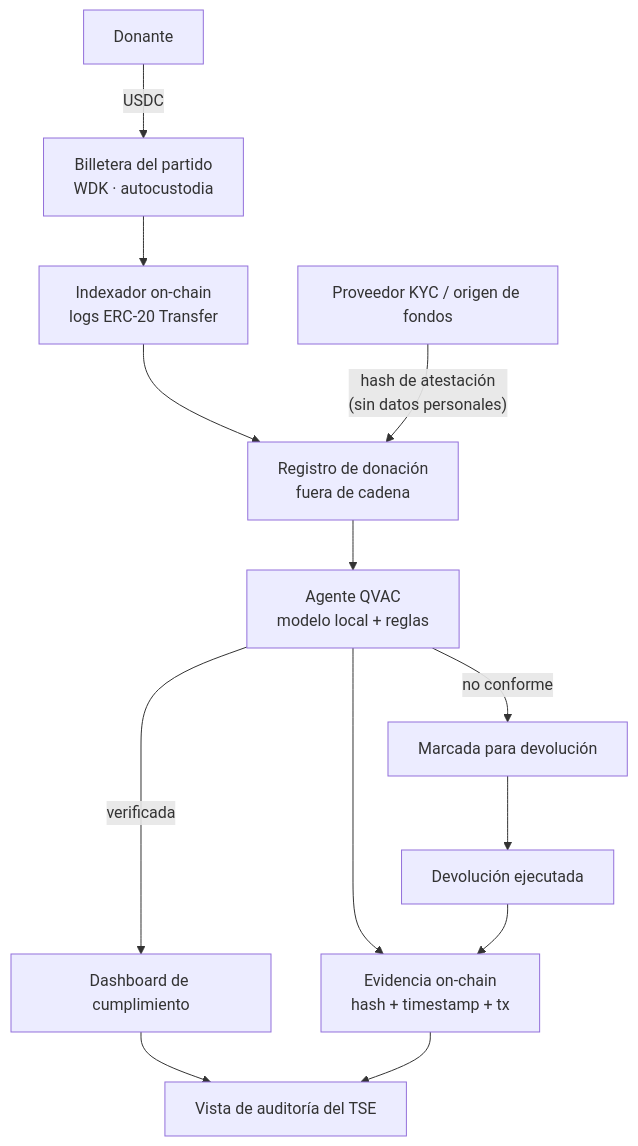
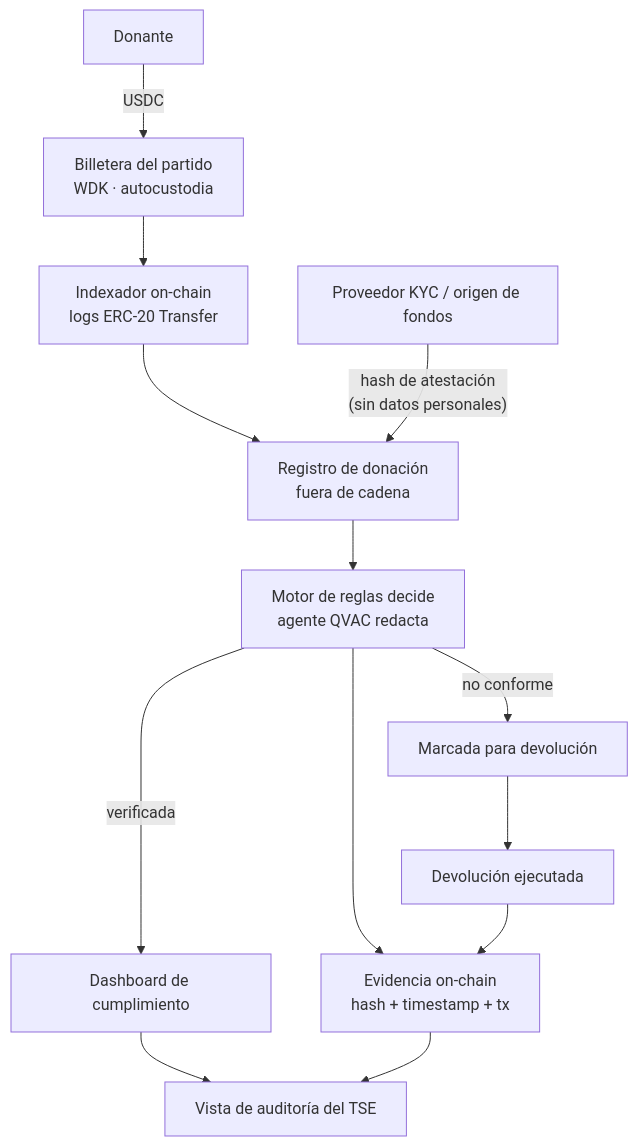
The diagram in README.md (Velar-Bonds/Velar-Audit), drawn with Mermaid before and after one commit. The commit also changed other lines of this file, not shown here.

Commit message:
docs: el README se contradecia sobre quien decide el cumplimiento
La tabla de etapas seguia diciendo que el agente QVAC 'evalua cada donacion
contra la ley costarricense', que es justo la responsabilidad que se le quito
al modelo cuando resulto que inventaba legislacion. El motor de reglas decide;
el modelo redacta. El diagrama tenia el mismo problema.

````diff
--- a/README.md
+++ b/README.md
@@ -67,15 +67,15 @@
 ```mermaid
 flowchart TD
     D["Donante"] -->|USDC| W["Billetera del partido<br/>WDK · autocustodia"]
     W --> I["Indexador on-chain<br/>logs ERC-20 Transfer"]
     I --> R["Registro de donación<br/>fuera de cadena"]
     K["Proveedor KYC / origen de fondos"] -->|"hash de atestación<br/>(sin datos personales)"| R
-    R --> Q["Agente QVAC<br/>modelo local + reglas"]
+    R --> Q["Motor de reglas decide<br/>agente QVAC redacta"]
     Q -->|verificada| DASH["Dashboard de cumplimiento"]
     Q -->|no conforme| F["Marcada para devolución"]
     F --> RET["Devolución ejecutada"]
     Q --> A["Evidencia on-chain<br/>hash + timestamp + tx"]
     RET --> A
     DASH --> TSE["Vista de auditoría del TSE"]
     A --> TSE
 ```
````
